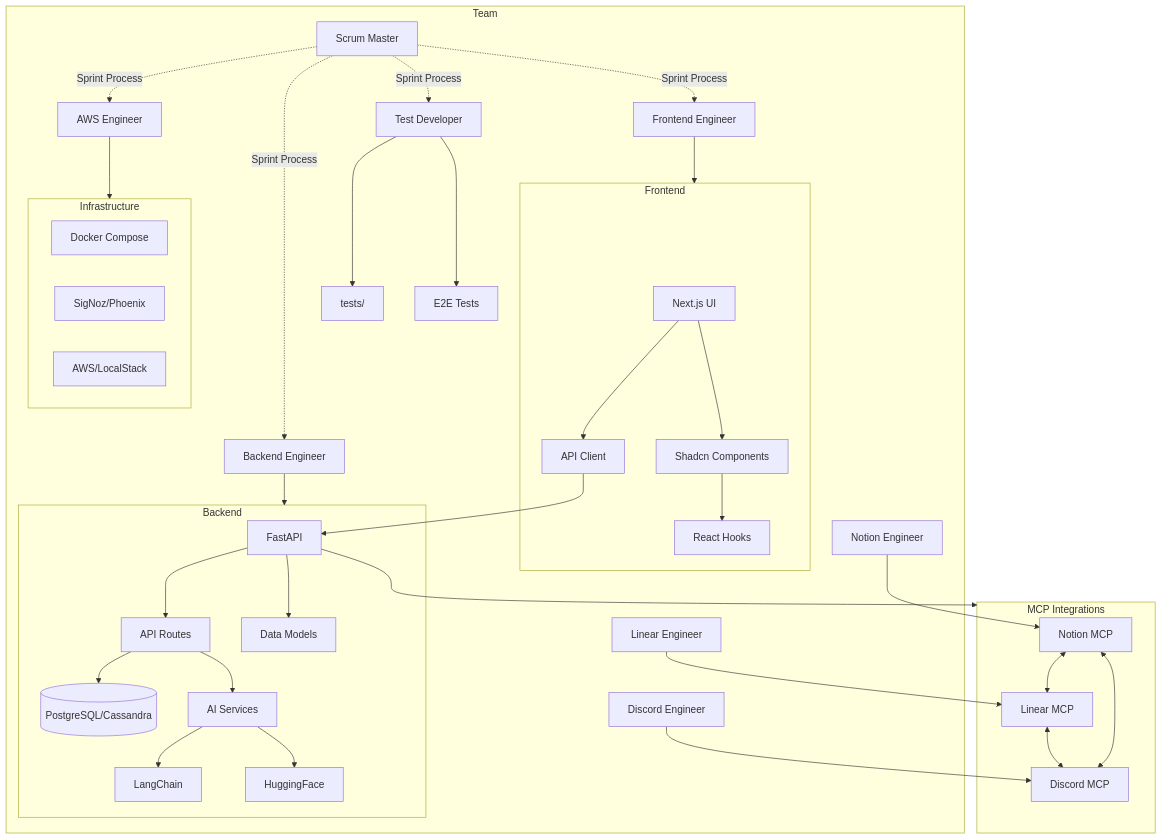
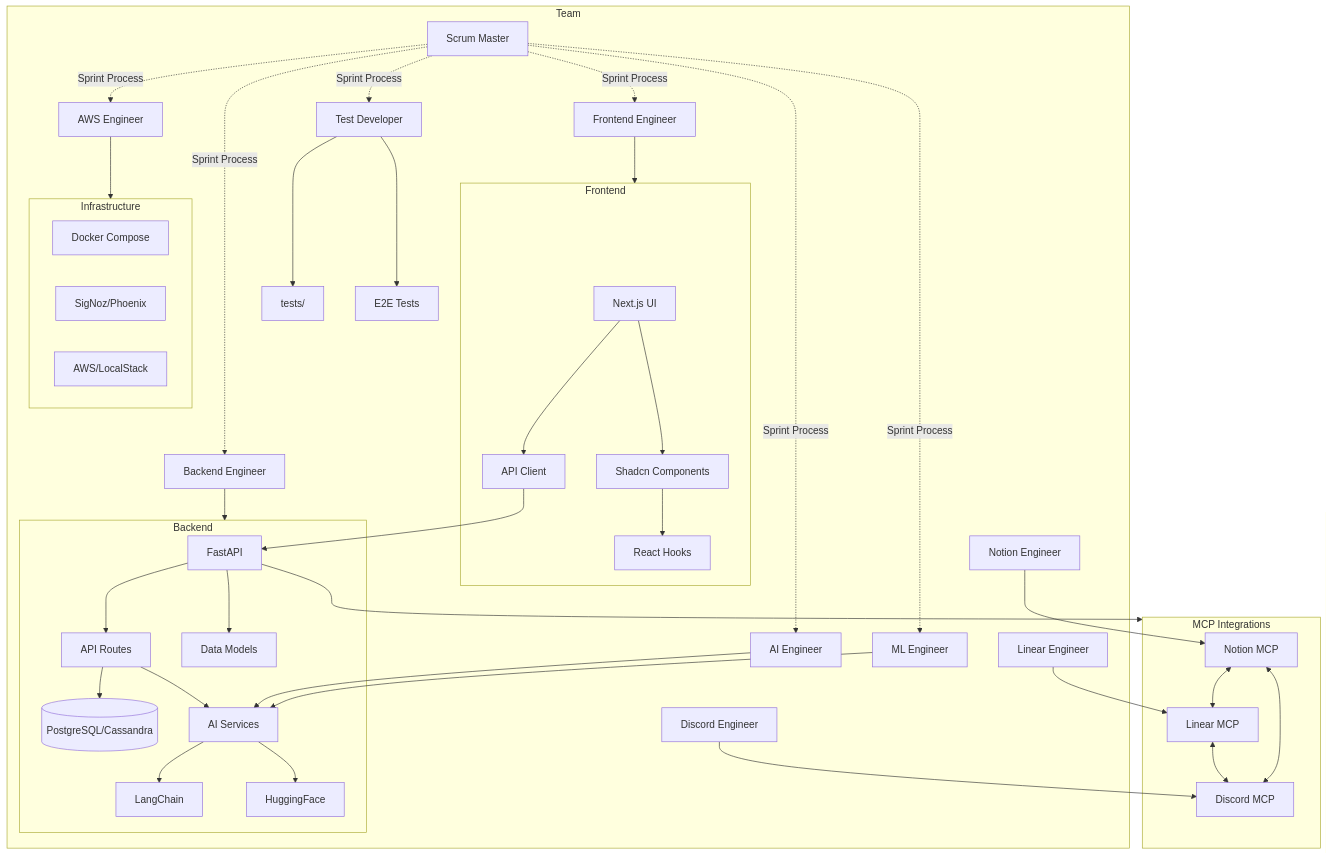
The diagram in .cursor/agents/chief-architect.md (jxtngx/cursor-fullstack-template), drawn with Mermaid before and after one commit. The commit also changed other lines of this file and 20 other files, not shown here.

````diff
--- a/.cursor/agents/chief-architect.md
+++ b/.cursor/agents/chief-architect.md
@@ -17,50 +17,54 @@
 ```mermaid
 graph TD
     subgraph frontend [Frontend]
         UI[Next.js UI] --> Components[Shadcn Components]
         UI --> APIClient[API Client]
         Components --> Hooks[React Hooks]
     end
     
     subgraph backend [Backend]
         API[FastAPI] --> Routes[API Routes]
         API --> Models[Data Models]
         Routes --> DB[(PostgreSQL/Cassandra)]
         Routes --> AI[AI Services]
         AI --> LangChain[LangChain]
         AI --> HuggingFace[HuggingFace]
     end
     
     subgraph infra [Infrastructure]
         Docker[Docker Compose]
         Monitoring[SigNoz/Phoenix]
         Cloud[AWS/LocalStack]
     end
     
     subgraph integrations [MCP Integrations]
         Notion[Notion MCP]
         Linear[Linear MCP]
         Discord[Discord MCP]
         Notion <--> Linear
         Linear <--> Discord
         Notion <--> Discord
     end
     
     APIClient --> API
     API --> integrations
     
     subgraph team [Team]
         SM[Scrum Master] -.Sprint Process.-> FE
         SM -.Sprint Process.-> BE
+        SM -.Sprint Process.-> AIE
+        SM -.Sprint Process.-> MLE
         SM -.Sprint Process.-> TD
         SM -.Sprint Process.-> AWS
         FE[Frontend Engineer] --> frontend
         BE[Backend Engineer] --> backend
+        AIE[AI Engineer] --> AI
+        MLE[ML Engineer] --> AI
         AWS[AWS Engineer] --> infra
         TD[Test Developer] --> Tests[tests/]
         TD --> E2E[E2E Tests]
         NE[Notion Engineer] --> Notion
         LE[Linear Engineer] --> Linear
         DE[Discord Engineer] --> Discord
     end
 ```
````
